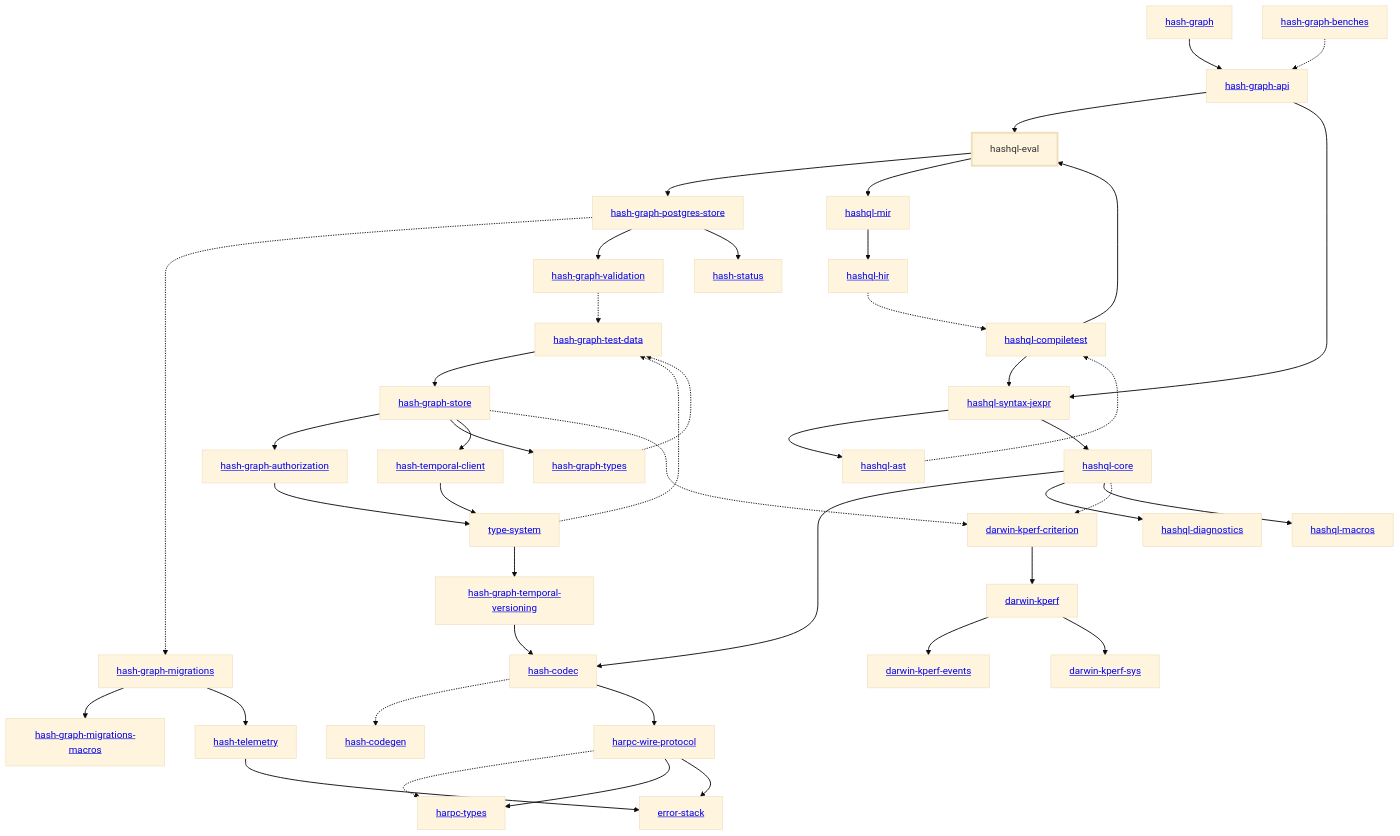
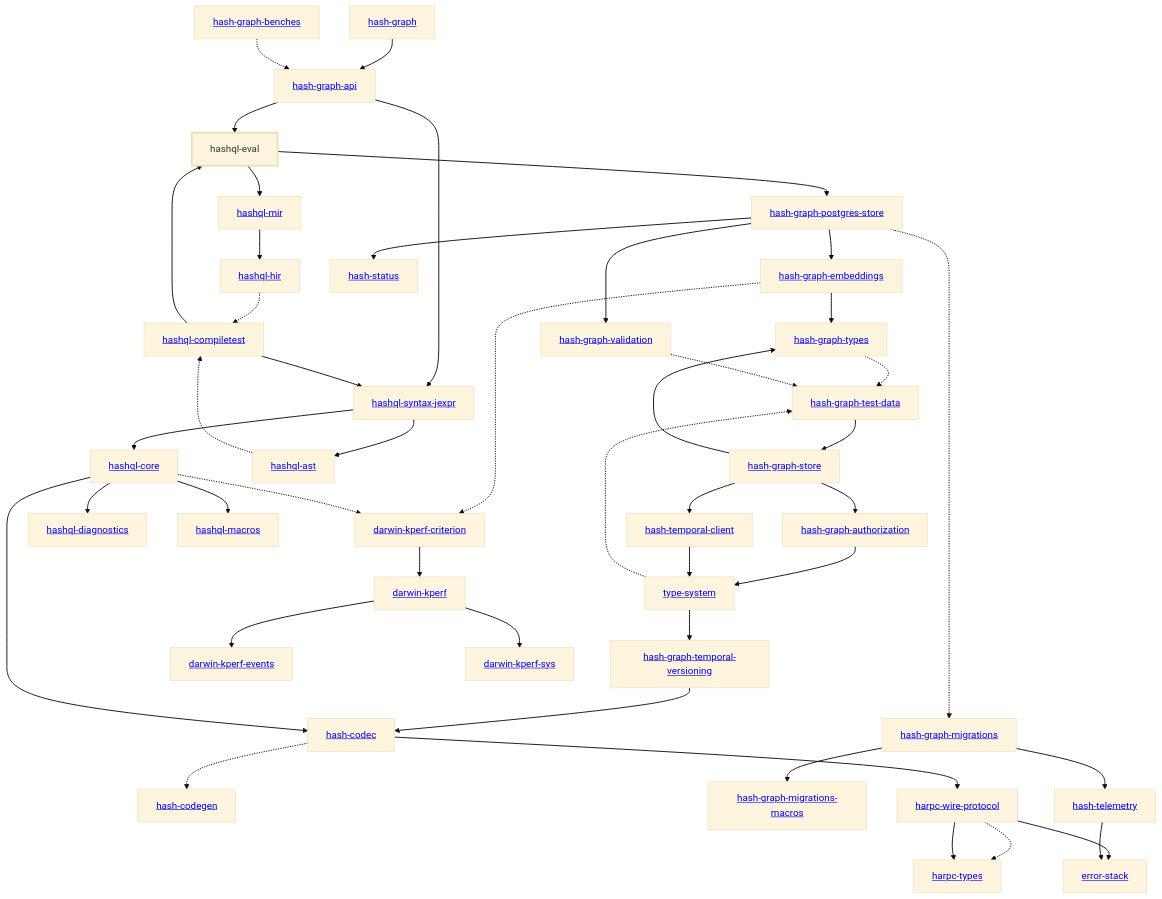
One commit to hashintel/hash changed the diagram in libs/@local/hashql/eval/docs/dependency-diagram.mmd. Above: the diagram before and after it, drawn with Mermaid (base theme). The commit also changed 26 other files, not shown here.

```diff
--- a/libs/@local/hashql/eval/docs/dependency-diagram.mmd
+++ b/libs/@local/hashql/eval/docs/dependency-diagram.mmd
@@ -1,88 +1,91 @@
 graph TD
     linkStyle default stroke-width:1.5px
     classDef default stroke-width:1px
     classDef root stroke-width:3px
     classDef dev stroke-width:1px
     classDef build stroke-width:1px
     %% Legend
     %% --> : Normal dependency
     %% -.-> : Dev dependency
     %% ---> : Build dependency
     0[<a href="../hash_graph/index.html">hash-graph</a>]
     1[<a href="../type_system/index.html">type-system</a>]
     2[<a href="../hash_codec/index.html">hash-codec</a>]
     3[<a href="../hash_codegen/index.html">hash-codegen</a>]
     4[<a href="../hash_graph_api/index.html">hash-graph-api</a>]
     5[<a href="../hash_graph_authorization/index.html">hash-graph-authorization</a>]
-    6[<a href="../hash_graph_migrations/index.html">hash-graph-migrations</a>]
-    7[<a href="../hash_graph_migrations_macros/index.html">hash-graph-migrations-macros</a>]
-    8[<a href="../hash_graph_postgres_store/index.html">hash-graph-postgres-store</a>]
-    9[<a href="../hash_graph_store/index.html">hash-graph-store</a>]
-    10[<a href="../hash_graph_temporal_versioning/index.html">hash-graph-temporal-versioning</a>]
-    11[<a href="../hash_graph_types/index.html">hash-graph-types</a>]
-    12[<a href="../hash_graph_validation/index.html">hash-graph-validation</a>]
-    13[<a href="../harpc_types/index.html">harpc-types</a>]
-    14[<a href="../harpc_wire_protocol/index.html">harpc-wire-protocol</a>]
-    15[<a href="../hashql_ast/index.html">hashql-ast</a>]
-    16[<a href="../hashql_compiletest/index.html">hashql-compiletest</a>]
-    17[<a href="../hashql_core/index.html">hashql-core</a>]
-    18[<a href="../hashql_diagnostics/index.html">hashql-diagnostics</a>]
-    19[hashql-eval]
-    class 19 root
-    20[<a href="../hashql_hir/index.html">hashql-hir</a>]
-    21[<a href="../hashql_macros/index.html">hashql-macros</a>]
-    22[<a href="../hashql_mir/index.html">hashql-mir</a>]
-    23[<a href="../hashql_syntax_jexpr/index.html">hashql-syntax-jexpr</a>]
-    24[<a href="../hash_status/index.html">hash-status</a>]
-    25[<a href="../hash_telemetry/index.html">hash-telemetry</a>]
-    26[<a href="../hash_temporal_client/index.html">hash-temporal-client</a>]
-    27[<a href="../darwin_kperf/index.html">darwin-kperf</a>]
-    28[<a href="../darwin_kperf_criterion/index.html">darwin-kperf-criterion</a>]
-    29[<a href="../darwin_kperf_events/index.html">darwin-kperf-events</a>]
-    30[<a href="../darwin_kperf_sys/index.html">darwin-kperf-sys</a>]
-    31[<a href="../error_stack/index.html">error-stack</a>]
-    32[<a href="../hash_graph_benches/index.html">hash-graph-benches</a>]
-    33[<a href="../hash_graph_test_data/index.html">hash-graph-test-data</a>]
+    6[<a href="../hash_graph_embeddings/index.html">hash-graph-embeddings</a>]
+    7[<a href="../hash_graph_migrations/index.html">hash-graph-migrations</a>]
+    8[<a href="../hash_graph_migrations_macros/index.html">hash-graph-migrations-macros</a>]
+    9[<a href="../hash_graph_postgres_store/index.html">hash-graph-postgres-store</a>]
+    10[<a href="../hash_graph_store/index.html">hash-graph-store</a>]
+    11[<a href="../hash_graph_temporal_versioning/index.html">hash-graph-temporal-versioning</a>]
+    12[<a href="../hash_graph_types/index.html">hash-graph-types</a>]
+    13[<a href="../hash_graph_validation/index.html">hash-graph-validation</a>]
+    14[<a href="../harpc_types/index.html">harpc-types</a>]
+    15[<a href="../harpc_wire_protocol/index.html">harpc-wire-protocol</a>]
+    16[<a href="../hashql_ast/index.html">hashql-ast</a>]
+    17[<a href="../hashql_compiletest/index.html">hashql-compiletest</a>]
+    18[<a href="../hashql_core/index.html">hashql-core</a>]
+    19[<a href="../hashql_diagnostics/index.html">hashql-diagnostics</a>]
+    20[hashql-eval]
+    class 20 root
+    21[<a href="../hashql_hir/index.html">hashql-hir</a>]
+    22[<a href="../hashql_macros/index.html">hashql-macros</a>]
+    23[<a href="../hashql_mir/index.html">hashql-mir</a>]
+    24[<a href="../hashql_syntax_jexpr/index.html">hashql-syntax-jexpr</a>]
+    25[<a href="../hash_status/index.html">hash-status</a>]
+    26[<a href="../hash_telemetry/index.html">hash-telemetry</a>]
+    27[<a href="../hash_temporal_client/index.html">hash-temporal-client</a>]
+    28[<a href="../darwin_kperf/index.html">darwin-kperf</a>]
+    29[<a href="../darwin_kperf_criterion/index.html">darwin-kperf-criterion</a>]
+    30[<a href="../darwin_kperf_events/index.html">darwin-kperf-events</a>]
+    31[<a href="../darwin_kperf_sys/index.html">darwin-kperf-sys</a>]
+    32[<a href="../error_stack/index.html">error-stack</a>]
+    33[<a href="../hash_graph_benches/index.html">hash-graph-benches</a>]
+    34[<a href="../hash_graph_test_data/index.html">hash-graph-test-data</a>]
     0 --> 4
-    1 --> 10
-    1 -.-> 33
+    1 --> 11
+    1 -.-> 34
     2 -.-> 3
-    2 --> 14
-    4 --> 19
-    4 --> 23
+    2 --> 15
+    4 --> 20
+    4 --> 24
     5 --> 1
-    6 --> 7
-    6 --> 25
-    8 -.-> 6
-    8 --> 12
-    8 --> 24
-    9 --> 5
-    9 --> 11
-    9 --> 26
-    9 -.-> 28
-    10 --> 2
-    11 -.-> 33
-    12 -.-> 33
-    14 -.-> 13
-    14 --> 13
-    14 --> 31
-    15 -.-> 16
-    16 --> 19
-    16 --> 23
-    17 --> 2
-    17 --> 18
-    17 --> 21
-    17 -.-> 28
-    19 --> 8
-    19 --> 22
-    20 -.-> 16
-    22 --> 20
-    23 --> 15
-    23 --> 17
-    25 --> 31
-    26 --> 1
-    27 --> 29
-    27 --> 30
-    28 --> 27
-    32 -.-> 4
-    33 --> 9
+    6 --> 12
+    6 -.-> 29
+    7 --> 8
+    7 --> 26
+    9 --> 6
+    9 -.-> 7
+    9 --> 13
+    9 --> 25
+    10 --> 5
+    10 --> 12
+    10 --> 27
+    11 --> 2
+    12 -.-> 34
+    13 -.-> 34
+    15 -.-> 14
+    15 --> 14
+    15 --> 32
+    16 -.-> 17
+    17 --> 20
+    17 --> 24
+    18 --> 2
+    18 --> 19
+    18 --> 22
+    18 -.-> 29
+    20 --> 9
+    20 --> 23
+    21 -.-> 17
+    23 --> 21
+    24 --> 16
+    24 --> 18
+    26 --> 32
+    27 --> 1
+    28 --> 30
+    28 --> 31
+    29 --> 28
+    33 -.-> 4
+    34 --> 10
```
